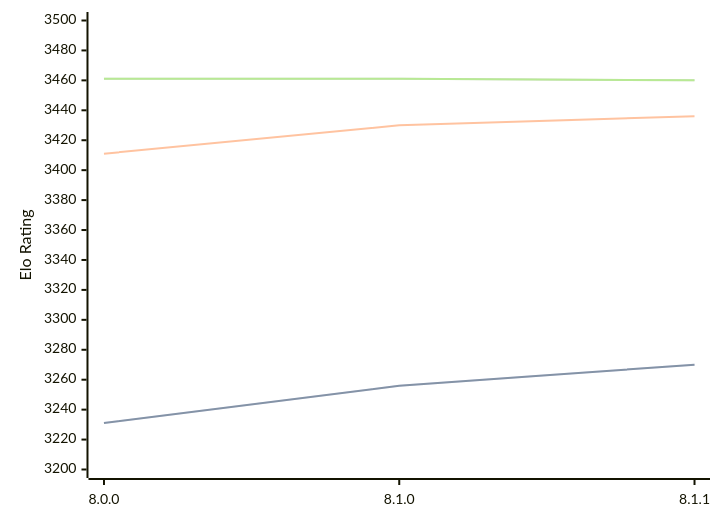
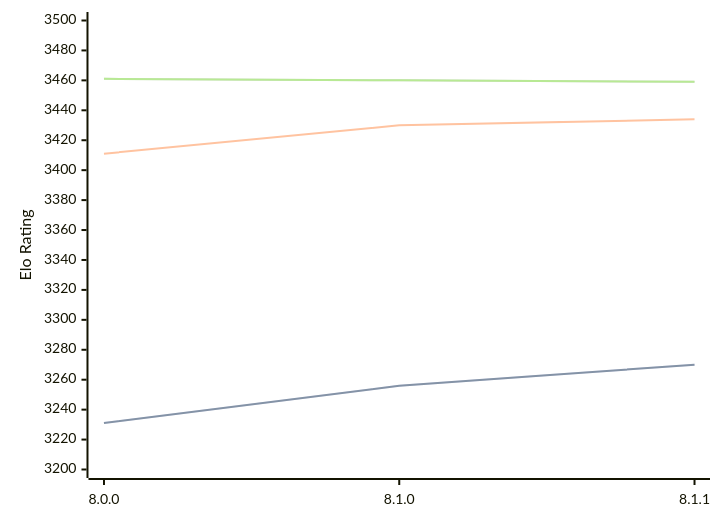
One commit to computer-chess-index/cci changed the diagram in engines/Velvet.md. Above: the diagram before and after it, drawn with Mermaid. The commit also changed other lines of this file, not shown here.

Commit message:
Update CCI Ratings (ELO VLTC) - 2026-07-27

````diff
--- a/engines/Velvet.md
+++ b/engines/Velvet.md
@@ -57,11 +57,11 @@
 ```mermaid
 %%{init: {"theme":"base","themeVariables":{"seriesColors:['#a3a3a3','#222221','#faa371']}}}%%
 xychart-beta
   x-axis ["8.0.0", "8.1.0", "8.1.1"]
   y-axis "Elo Rating" 3200 --> 3500
   line "STC (8.0+0.08s)" [3231, 3256, 3270]
   line "STC (8.0+0.08s)" [3231, 3256, 3270]
-  line "LTC (60.0+0.60s)" [3411, 3430, 3436]
-  line "VLTC (2m24s+1.12s)" [3461, 3461, 3460]
-  line "VLTC (2m24s+1.12s)" [3461, 3461, 3460]
+  line "LTC (60.0+0.60s)" [3411, 3430, 3434]
+  line "VLTC (2m24s+1.12s)" [3461, 3460, 3459]
+  line "VLTC (2m24s+1.12s)" [3461, 3460, 3459]
 ```
````
